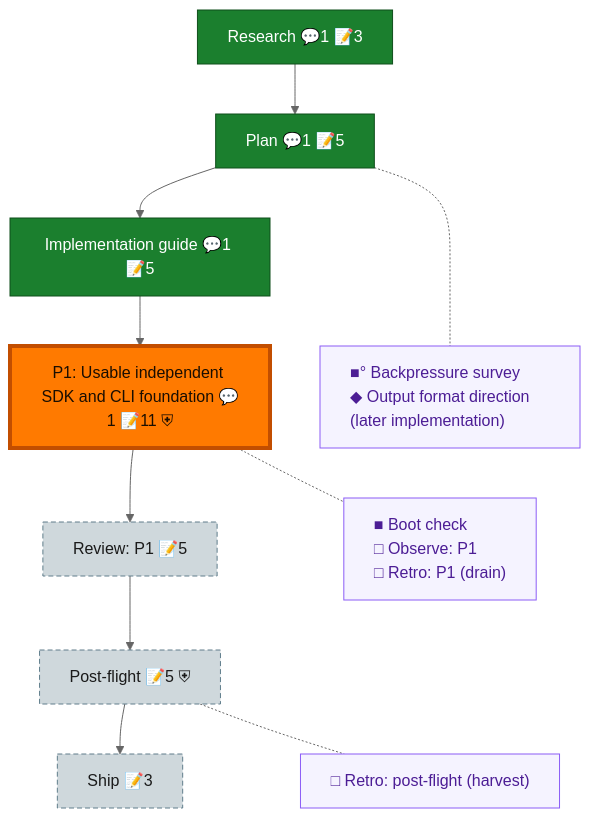
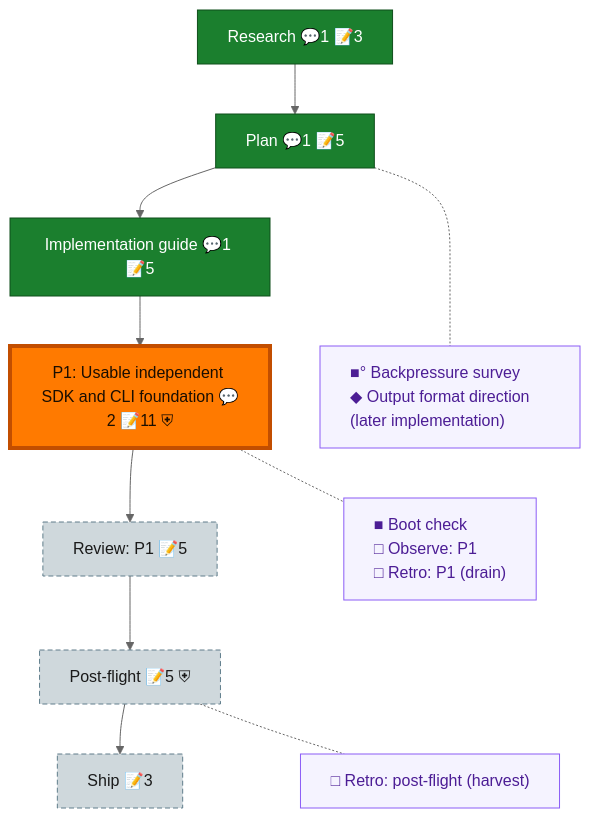
One commit to AI-Substrate/Unisphere changed the diagram in docs/plans/001-sdk-cli-foundation/the-flow.md. Above: the diagram before and after it, drawn with Mermaid (neutral theme). The commit also changed other lines of this file and 10 other files, not shown here.

````diff
--- a/docs/plans/001-sdk-cli-foundation/the-flow.md
+++ b/docs/plans/001-sdk-cli-foundation/the-flow.md
@@ -8,31 +8,31 @@
 ```mermaid
 flowchart TD
     research["Research 💬1 📝3"]:::done
     plan["Plan 💬1 📝5"]:::done
     impl_guide["Implementation guide 💬1 📝5"]:::done
-    phase_1["P1: Usable independent SDK and CLI foundation 💬1 📝11 ⛨"]:::wip
+    phase_1["P1: Usable independent SDK and CLI foundation 💬2 📝11 ⛨"]:::wip
     review_1["Review: P1 📝5"]:::assumed
     post_flight["Post-flight 📝5 ⛨"]:::assumed
     ship["Ship 📝3"]:::assumed
 
     research --> plan --> impl_guide --> phase_1 --> review_1 --> post_flight --> ship
 
     planC["■° Backpressure survey<br/>◆ Output format direction (later implementation)"]:::chore
     phase_1C["■ Boot check<br/>□ Observe: P1<br/>□ Retro: P1 (drain)"]:::chore
     post_flightC["□ Retro: post-flight (harvest)"]:::chore
 
     %% invisible chain holds the gutter boxes in their own column
     planC ~~~ phase_1C ~~~ post_flightC
 
     %% dotted links pull each gutter box beside its node
     plan -.- planC
     phase_1 -.- phase_1C
     post_flight -.- post_flightC
 
     classDef done fill:#1B7F2E,stroke:#0F4F1B,color:#fff;
     classDef wip fill:#43C04A,stroke:#1B7F2E,color:#04210A;
     classDef assumed fill:#CFD8DC,stroke:#607D8B,color:#1a1a1a,stroke-dasharray:5 3;
     classDef chore fill:#f5f3ff,stroke:#8b5cf6,color:#4c1d95,text-align:left;
     classDef current fill:#FF7A00,stroke:#C24E00,color:#1a0e00,stroke-width:4px;
     class phase_1 current;
 ```
````
